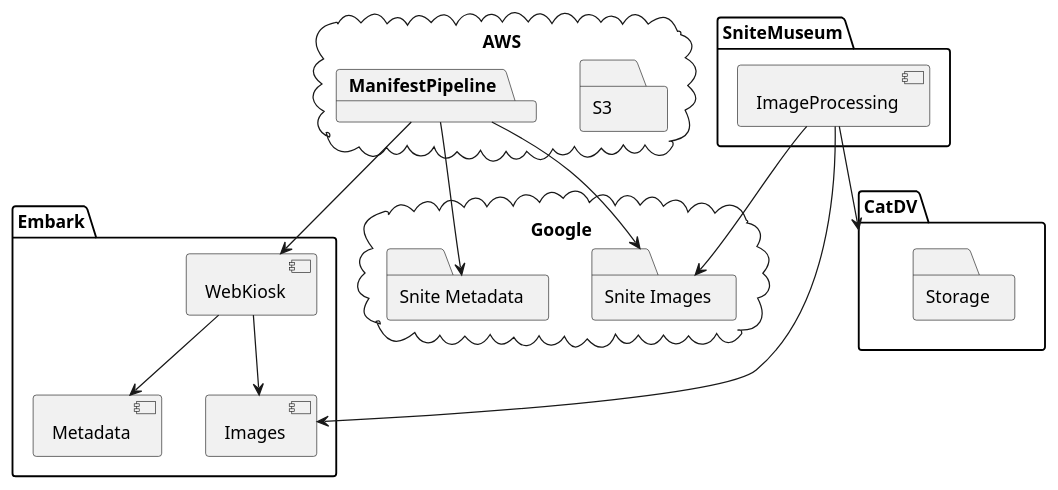
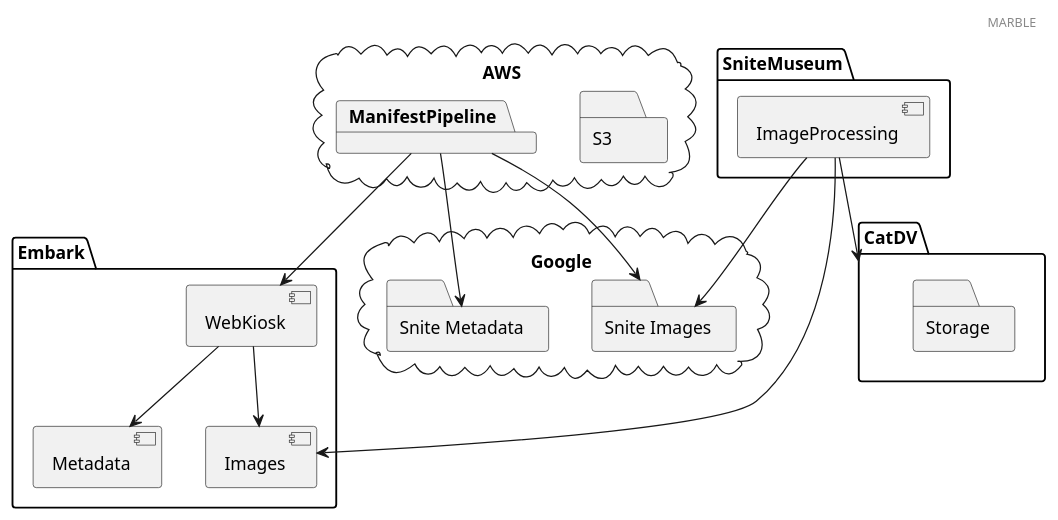
Before and after one commit to ndlib/dam-ecosystem-mapping: the diagram in plantuml/marble.puml, drawn with PlantUML. The commit also changed 8 other files, not shown here.

Commit message:
Adding headers to diagrams

```diff
--- a/plantuml/marble.puml
+++ b/plantuml/marble.puml
@@ -10,35 +10,37 @@
 @startuml
+
+header MARBLE
 
 package Embark {
   component "Metadata" as EmbarkMetadata
   component "Images" as EmbarkImages
   component "WebKiosk" as EmbarkWebKiosk
   EmbarkWebKiosk --> EmbarkMetadata
   EmbarkWebKiosk --> EmbarkImages
 }
 
 package CatDV {
   folder Storage
 }
 
 package SniteMuseum {
   component ImageProcessing as SniteImageProcessing
 }
 
 cloud Google {
   folder "Snite Metadata" as GoogleSniteMetadata
   folder "Snite Images" as GoogleSniteImages
 }
 
 SniteImageProcessing --> GoogleSniteImages
 SniteImageProcessing --> EmbarkImages
 SniteImageProcessing --> CatDV
 
 cloud AWS {
   folder S3
   package ManifestPipeline
 }
 ManifestPipeline --> EmbarkWebKiosk
 ManifestPipeline --> GoogleSniteMetadata
 ManifestPipeline --> GoogleSniteImages
 @enduml
```
